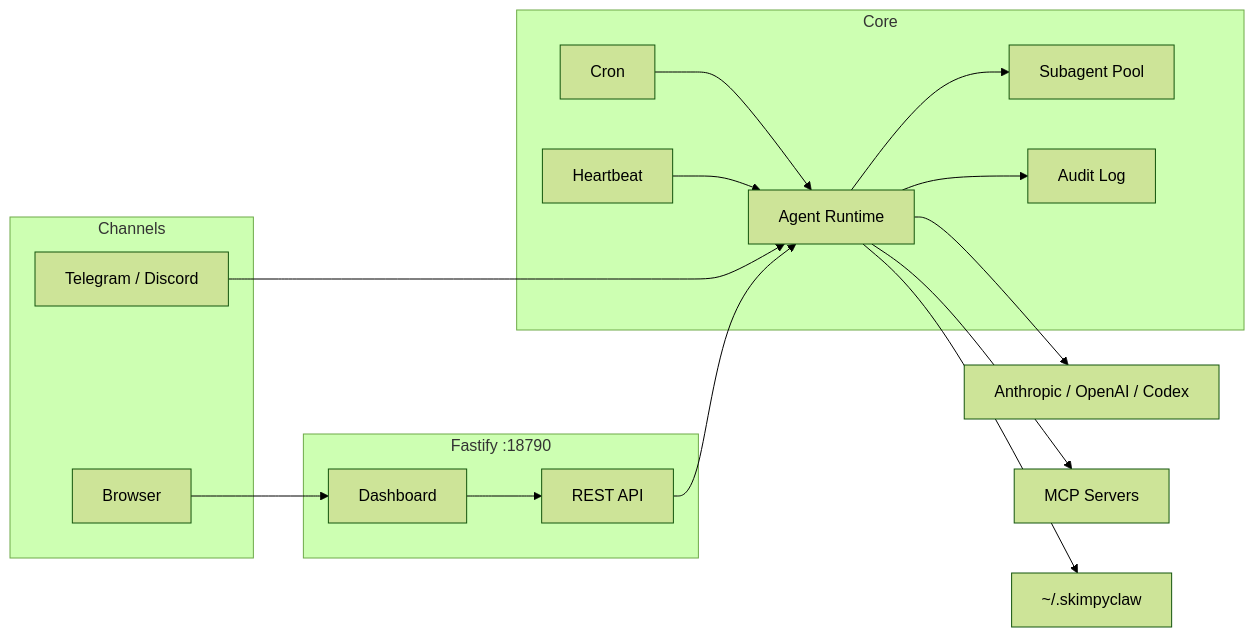
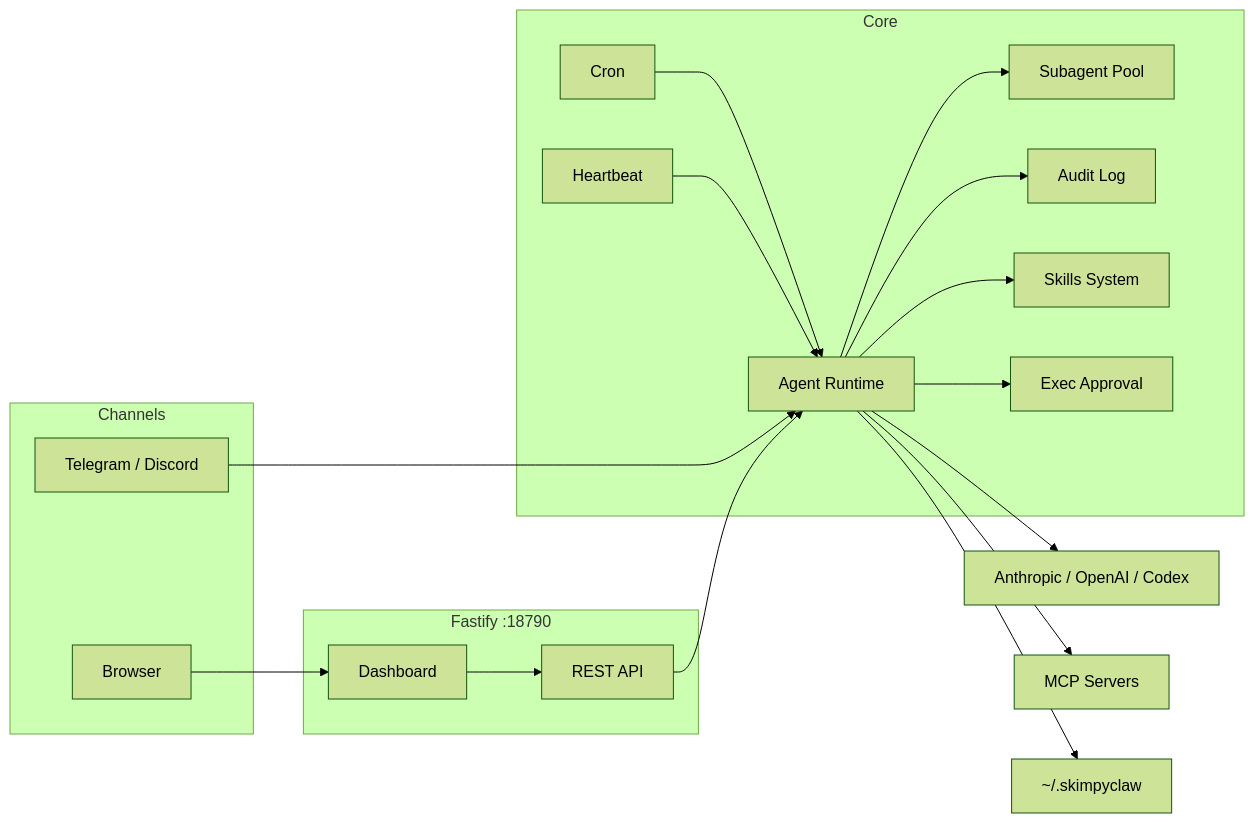
The diagram in README.md (kat3samsin/skimpyclaw), drawn with Mermaid (forest theme) before and after one commit. The commit also changed other lines of this file and 2 other files, not shown here.

````diff
--- a/README.md
+++ b/README.md
@@ -35,30 +38,34 @@
 ```mermaid
 flowchart LR
   subgraph Channels
     user["Telegram / Discord"]
     browser["Browser"]
   end
 
   subgraph Gateway["Fastify :18790"]
     dash["Dashboard"]
     api["REST API"]
   end
 
   subgraph Core
     agent["Agent Runtime"]
     subagents["Subagent Pool"]
     cron["Cron"]
     hb["Heartbeat"]
     audit["Audit Log"]
+    skills["Skills System"]
+    approvals["Exec Approval"]
   end
 
   user --> agent
   browser --> dash --> api --> agent
   cron --> agent
   hb --> agent
   agent --> subagents
   agent --> audit
+  agent --> skills
+  agent --> approvals
   agent --> models["Anthropic / OpenAI / Codex"]
   agent --> mcp["MCP Servers"]
   agent --> fs["~/.skimpyclaw"]
 ```
````
